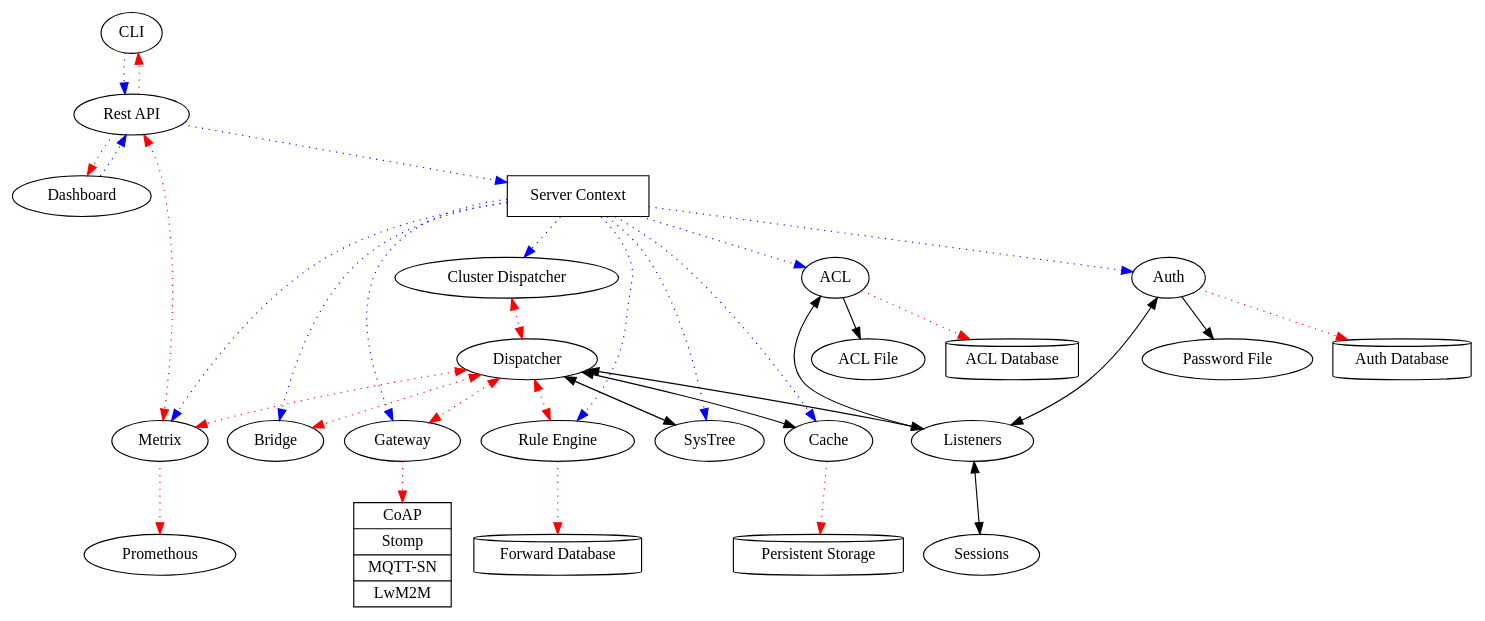
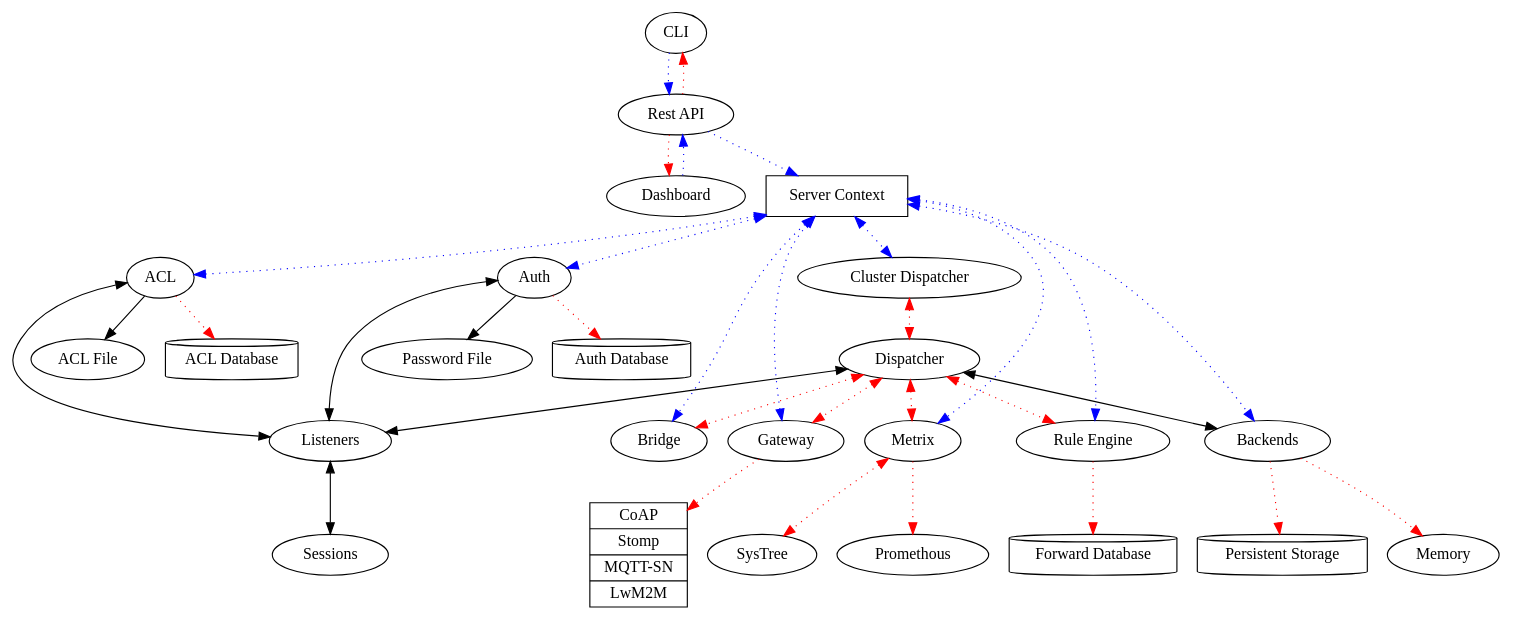
The diagram in docs/internal.dot (RustRobotics/hebo), drawn with Graphviz before and after one commit. The commit also changed 4 other files, not shown here.

Commit message:
docs: Simplify Rest API

```diff
--- a/docs/internal.dot
+++ b/docs/internal.dot
@@ -1,64 +1,62 @@
 
 digraph {
 	// cli
 	CLI -> "Rest API" [style=dotted, color=blue];
 	"Rest API" -> CLI [style=dotted, color=red];
 
 	// dashboard app
 	Dashboard -> "Rest API" [style=dotted, color=blue];
 	"Rest API" -> Dashboard [style=dotted, color=red];
 
 	"Rest API" -> "Server Context" [style=dotted, color=blue];
-	"Rest API" -> Metrix [dir=both, style=dotted, color=red];
 
 	"Server Context" [shape=box];
-	"Server Context" -> ACL [style=dotted, color=blue];
-	"Server Context" -> Auth [style=dotted, color=blue];
-	"Server Context" -> Bridge [style=dotted, color=blue];
-	"Server Context" -> Gateway [style=dotted, color=blue];
-	"Server Context" -> Metrix [style=dotted, color=blue];
-	"Server Context" -> "Cluster Dispatcher" [style=dotted, color=blue];
-	"Server Context" -> "Rule Engine" [style=dotted, color=blue];
-	"Server Context" -> SysTree [style=dotted, color=blue];
-	"Server Context" -> Cache [style=dotted, color=blue];
+	"Server Context" -> ACL [dir=both, style=dotted, color=blue];
+	"Server Context" -> Auth [dir=both, style=dotted, color=blue];
+	"Server Context" -> Bridge [dir=both, style=dotted, color=blue];
+	"Server Context" -> Gateway [dir=both, style=dotted, color=blue];
+	"Server Context" -> Metrix [dir=both, style=dotted, color=blue];
+	"Server Context" -> "Cluster Dispatcher" [dir=both, style=dotted, color=blue];
+	"Server Context" -> "Rule Engine" [dir=both, style=dotted, color=blue];
+	"Server Context" -> Backends [dir=both, style=dotted, color=blue];
 
 	"Cluster Dispatcher" -> Dispatcher [dir=both, color=red, style=dotted];
 
 	Dispatcher -> Listeners [dir=both];
 	Listeners -> Sessions [dir=both];
 
-	Dispatcher -> SysTree [dir=both];
-
-	Dispatcher -> Cache [dir=both];
+	Dispatcher -> Backends [dir=both];
+	Backends -> Memory [color=red, style=dotted];
 	"Persistent Storage" [shape=cylinder];
-	Cache -> "Persistent Storage" [color=red, style=dotted];
+	Backends -> "Persistent Storage" [color=red, style=dotted];
 
 	// ACL app
 	ACL -> Listeners [dir=both];
 	ACL -> "ACL File";
 	"ACL Database" [shape=cylinder];
 	ACL -> "ACL Database" [style=dotted, color=red];
 
 	// auth app
 	Auth -> Listeners [dir=both];
 	Auth -> "Password File";
 	"Auth Database" [shape=cylinder];
 	Auth -> "Auth Database" [style=dotted, color=red];
 
 	// mqtt bridge app
 	Dispatcher -> Bridge [dir=both,style=dotted, color=red];
 
 	// gateway app
 	Dispatcher -> Gateway [dir=both, style=dotted, color=red];
 	ExternalProtocols [shape=record, label="{ CoAP | Stomp | MQTT-SN | LwM2M }"];
 	Gateway -> ExternalProtocols [style=dotted, color=red];
 
 	// monitor app
 	Dispatcher -> Metrix [dir=both, style=dotted, color=red];
 	Metrix -> Promethous [style=dotted, color=red];
+	Metrix -> SysTree [dir=both, style=dotted, color=red];
 
 	// rule engine app
 	Dispatcher -> "Rule Engine" [dir=both, style=dotted, color=red];
 	"Forward Database" [shape=cylinder];
 	"Rule Engine" -> "Forward Database" [style=dotted, color=red];
 }
```
